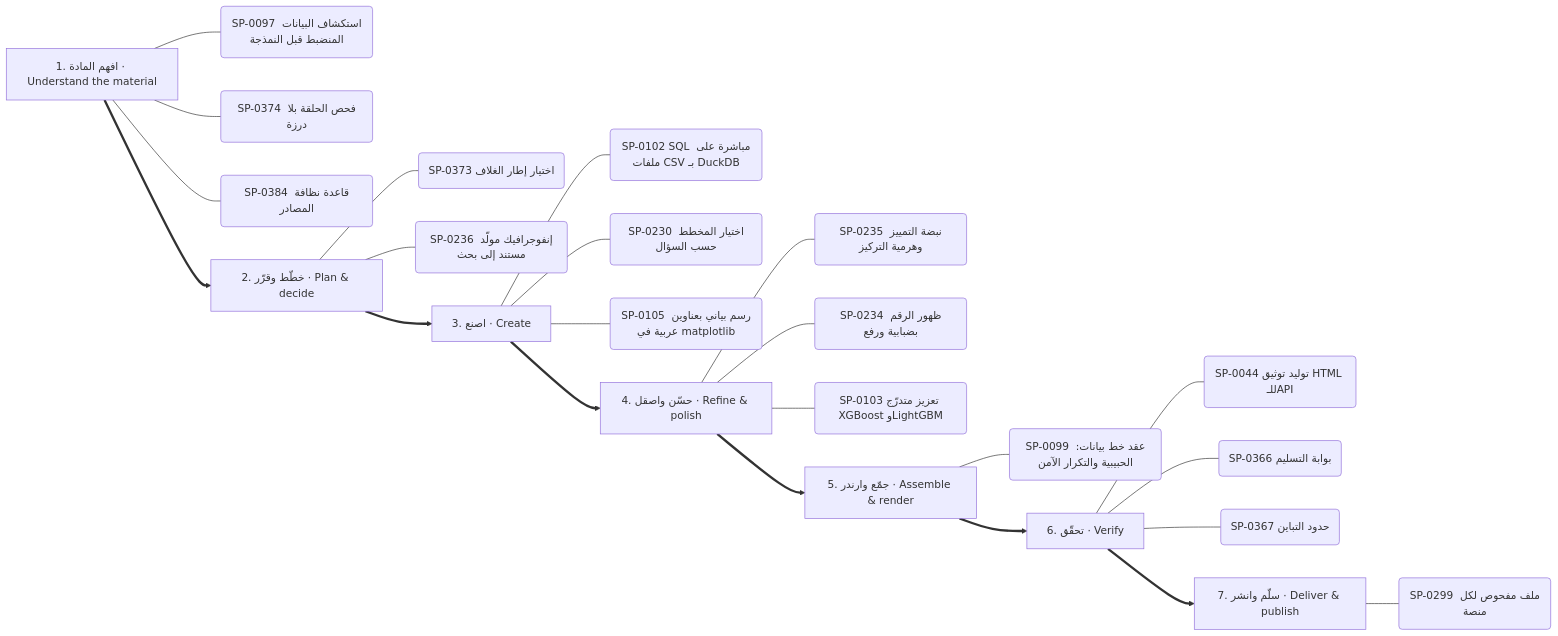
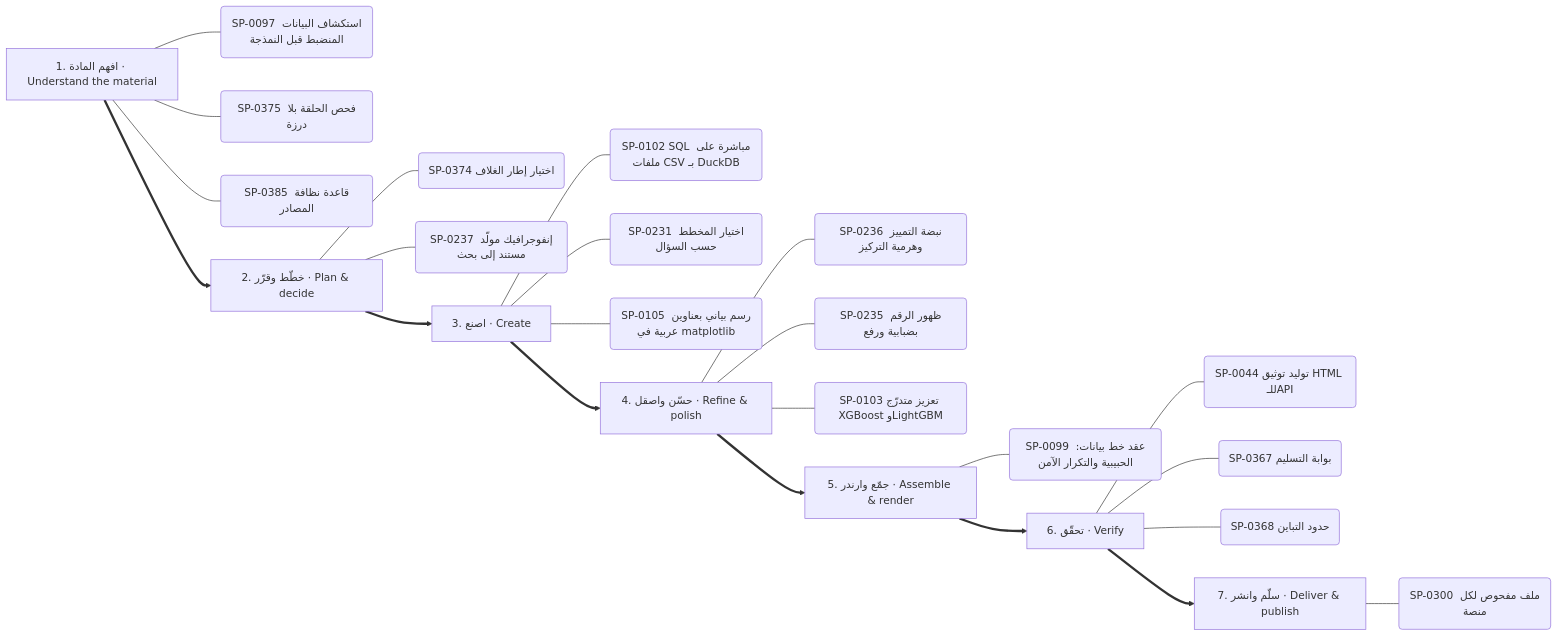
Diagram 12 of 13 in .claude/skills/kosif-superpowers/references/capability-mindmap.md (kosif199022-jpg/kosif-tool), drawn with Mermaid before and after one commit. The commit also changed other lines of this file and 57 other files, not shown here.

````diff
--- a/.claude/skills/kosif-superpowers/references/capability-mindmap.md
+++ b/.claude/skills/kosif-superpowers/references/capability-mindmap.md
@@ -603,32 +603,32 @@
 ```mermaid
 flowchart LR
   S0["1. افهم المادة · Understand the material"]
   S0 --- S0_0("SP-0097 استكشاف البيانات المنضبط قبل النمذجة")
-  S0 --- S0_1("SP-0374 فحص الحلقة بلا درزة")
-  S0 --- S0_2("SP-0384 قاعدة نظافة المصادر")
+  S0 --- S0_1("SP-0375 فحص الحلقة بلا درزة")
+  S0 --- S0_2("SP-0385 قاعدة نظافة المصادر")
   S1["2. خطّط وقرّر · Plan & decide"]
-  S1 --- S1_0("SP-0373 اختيار إطار الغلاف")
-  S1 --- S1_1("SP-0236 إنفوجرافيك مولَّد مستند إلى بحث")
+  S1 --- S1_0("SP-0374 اختيار إطار الغلاف")
+  S1 --- S1_1("SP-0237 إنفوجرافيك مولَّد مستند إلى بحث")
   S0 ==> S1
   S2["3. اصنع · Create"]
   S2 --- S2_0("SP-0102 SQL مباشرة على ملفات CSV بـ DuckDB")
-  S2 --- S2_1("SP-0230 اختيار المخطط حسب السؤال")
+  S2 --- S2_1("SP-0231 اختيار المخطط حسب السؤال")
   S2 --- S2_2("SP-0105 رسم بياني بعناوين عربية في matplotlib")
   S1 ==> S2
   S3["4. حسّن واصقل · Refine & polish"]
-  S3 --- S3_0("SP-0235 نبضة التمييز وهرمية التركيز")
-  S3 --- S3_1("SP-0234 ظهور الرقم بضبابية ورفع")
+  S3 --- S3_0("SP-0236 نبضة التمييز وهرمية التركيز")
+  S3 --- S3_1("SP-0235 ظهور الرقم بضبابية ورفع")
   S3 --- S3_2("SP-0103 تعزيز متدرّج XGBoost وLightGBM")
   S2 ==> S3
   S4["5. جمّع وارندر · Assemble & render"]
   S4 --- S4_0("SP-0099 عقد خط بيانات: الحبيبية والتكرار الآمن")
   S3 ==> S4
   S5["6. تحقّق · Verify"]
   S5 --- S5_0("SP-0044 توليد توثيق HTML للـAPI")
-  S5 --- S5_1("SP-0366 بوابة التسليم")
-  S5 --- S5_2("SP-0367 حدود التباين")
+  S5 --- S5_1("SP-0367 بوابة التسليم")
+  S5 --- S5_2("SP-0368 حدود التباين")
   S4 ==> S5
   S6["7. سلّم وانشر · Deliver & publish"]
-  S6 --- S6_0("SP-0299 ملف مفحوص لكل منصة")
+  S6 --- S6_0("SP-0300 ملف مفحوص لكل منصة")
   S5 ==> S6
 ```
````
